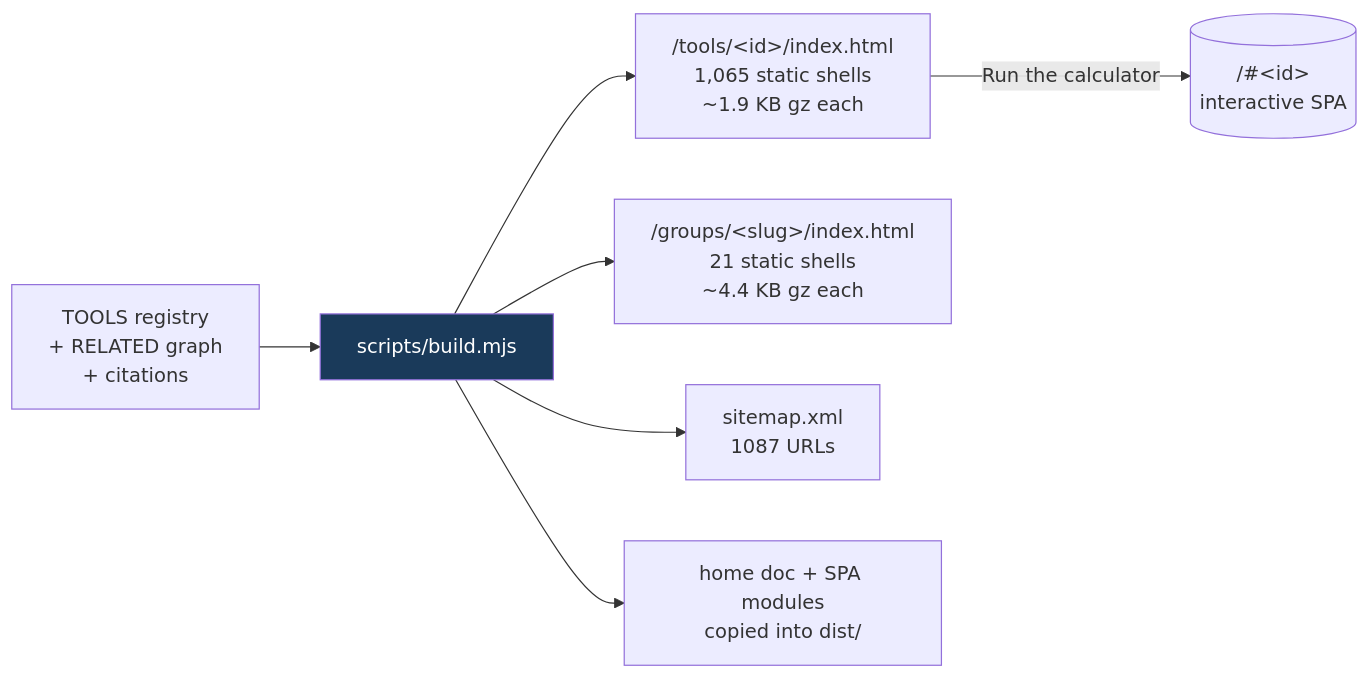
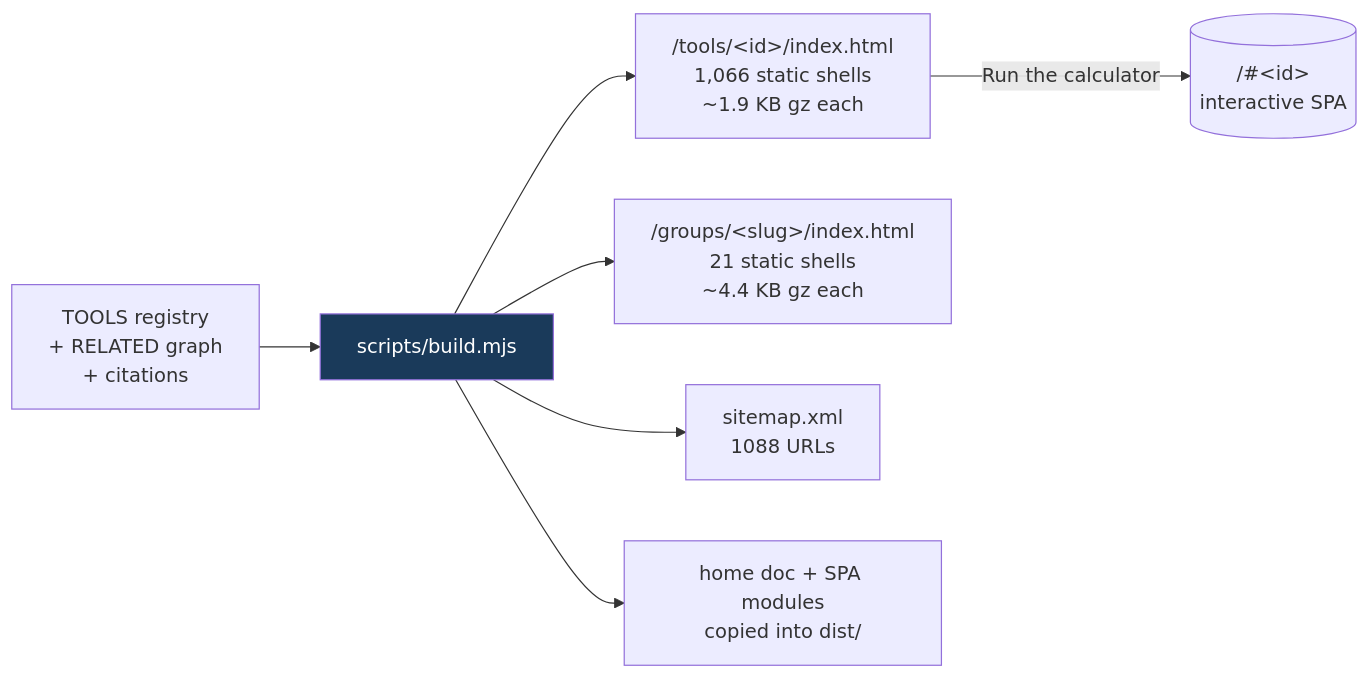
Before and after one commit to clay-good/roughlogic.com: the fifth of 8 diagrams in README.md, drawn with Mermaid. The commit also changed other lines of this file and 13 other files, not shown here.

````diff
--- a/README.md
+++ b/README.md
@@ -495,10 +495,10 @@
 ```mermaid
 flowchart LR
     SRC[TOOLS registry\n+ RELATED graph\n+ citations] --> BUILD[scripts/build.mjs]
-    BUILD --> TILE["/tools/&lt;id&gt;/index.html\n1,065 static shells\n~1.9 KB gz each"]
+    BUILD --> TILE["/tools/&lt;id&gt;/index.html\n1,066 static shells\n~1.9 KB gz each"]
     BUILD --> GROUP["/groups/&lt;slug&gt;/index.html\n21 static shells\n~4.4 KB gz each"]
-    BUILD --> MAP["sitemap.xml\n1087 URLs"]
+    BUILD --> MAP["sitemap.xml\n1088 URLs"]
     BUILD --> COPY[home doc + SPA modules\ncopied into dist/]
     TILE -->|Run the calculator| SPA[("/#&lt;id&gt;\ninteractive SPA")]
     style BUILD fill:#1a3a5a,color:#fff
 ```
````
